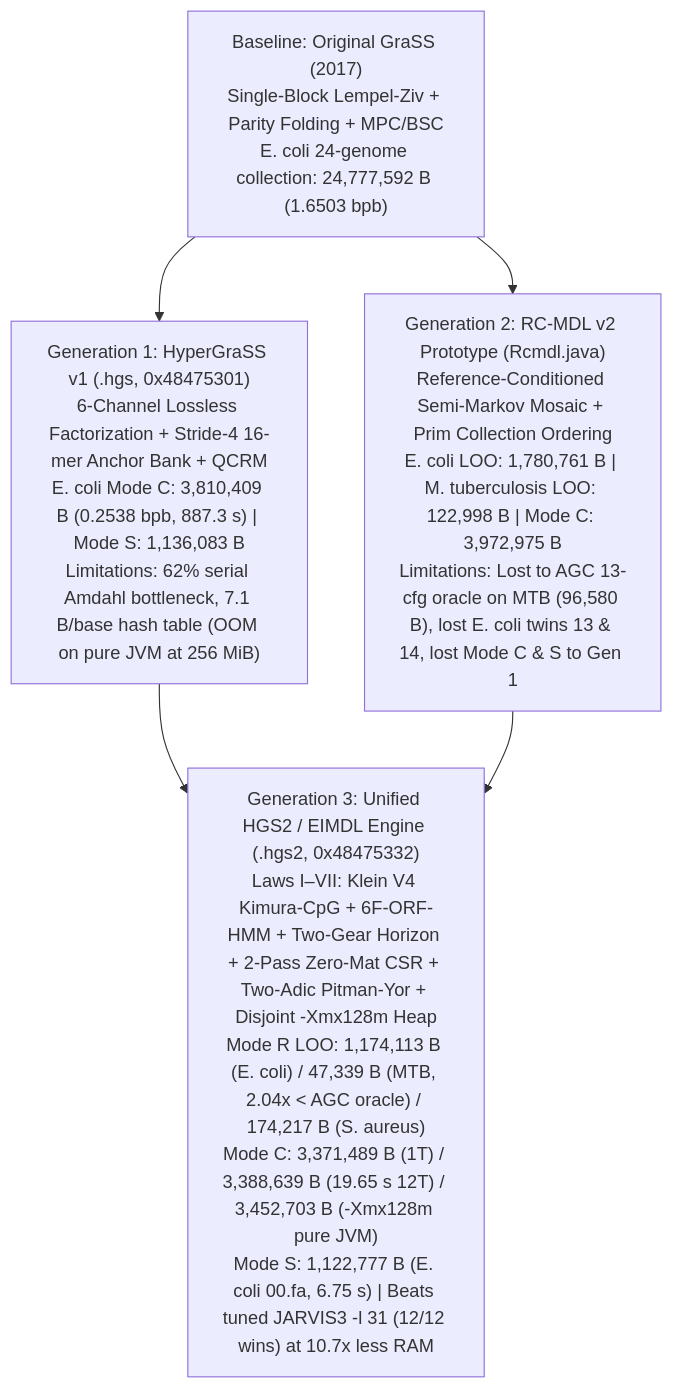
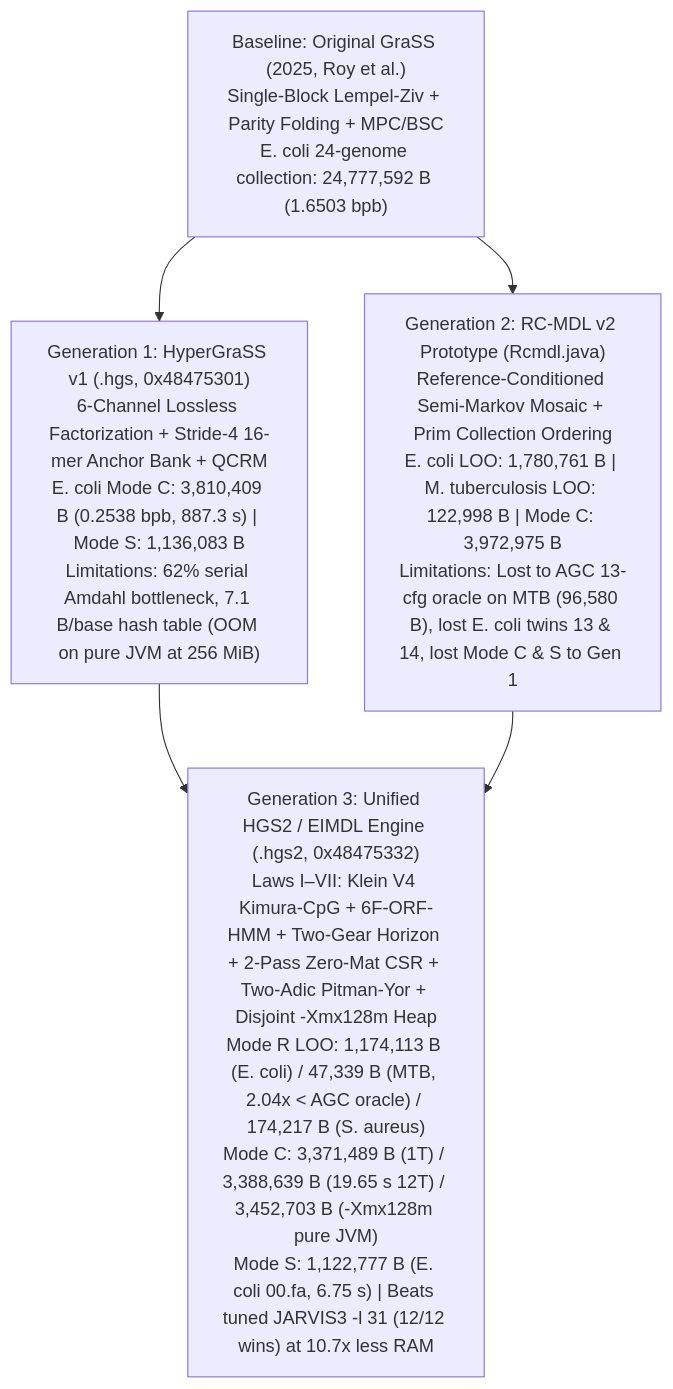
One commit to MdSaifulIslamMSI/hypergrass-research changed the diagram in README.md. Above: the diagram before and after it, drawn with Mermaid. The commit also changed 1 other file, not shown here.

Commit message:
docs(bib): fix GraSS baseline year (2025, Roy et al.) and add roy2025grass BibTeX entry

````diff
--- a/README.md
+++ b/README.md
@@ -75,12 +75,12 @@
 ```mermaid
 flowchart TD
-    G0["Baseline: Original GraSS (2017)<br/>Single-Block Lempel-Ziv + Parity Folding + MPC/BSC<br/>E. coli 24-genome collection: 24,777,592 B (1.6503 bpb)"]
+    G0["Baseline: Original GraSS (2025, Roy et al.)<br/>Single-Block Lempel-Ziv + Parity Folding + MPC/BSC<br/>E. coli 24-genome collection: 24,777,592 B (1.6503 bpb)"]
     G1["Generation 1: HyperGraSS v1 (.hgs, 0x48475301)<br/>6-Channel Lossless Factorization + Stride-4 16-mer Anchor Bank + QCRM<br/>E. coli Mode C: 3,810,409 B (0.2538 bpb, 887.3 s) | Mode S: 1,136,083 B<br/>Limitations: 62% serial Amdahl bottleneck, 7.1 B/base hash table (OOM on pure JVM at 256 MiB)"]
     G2["Generation 2: RC-MDL v2 Prototype (Rcmdl.java)<br/>Reference-Conditioned Semi-Markov Mosaic + Prim Collection Ordering<br/>E. coli LOO: 1,780,761 B | M. tuberculosis LOO: 122,998 B | Mode C: 3,972,975 B<br/>Limitations: Lost to AGC 13-cfg oracle on MTB (96,580 B), lost E. coli twins 13 & 14, lost Mode C & S to Gen 1"]
     G3["Generation 3: Unified HGS2 / EIMDL Engine (.hgs2, 0x48475332)<br/>Laws I–VII: Klein V4 Kimura-CpG + 6F-ORF-HMM + Two-Gear Horizon + 2-Pass Zero-Mat CSR + Two-Adic Pitman-Yor + Disjoint -Xmx128m Heap<br/>Mode R LOO: 1,174,113 B (E. coli) / 47,339 B (MTB, 2.04x < AGC oracle) / 174,217 B (S. aureus)<br/>Mode C: 3,371,489 B (1T) / 3,388,639 B (19.65 s 12T) / 3,452,703 B (-Xmx128m pure JVM)<br/>Mode S: 1,122,777 B (E. coli 00.fa, 6.75 s) | Beats tuned JARVIS3 -l 31 (12/12 wins) at 10.7x less RAM"]
 
     G0 --> G1
     G0 --> G2
     G1 --> G3
     G2 --> G3
 ```
````
